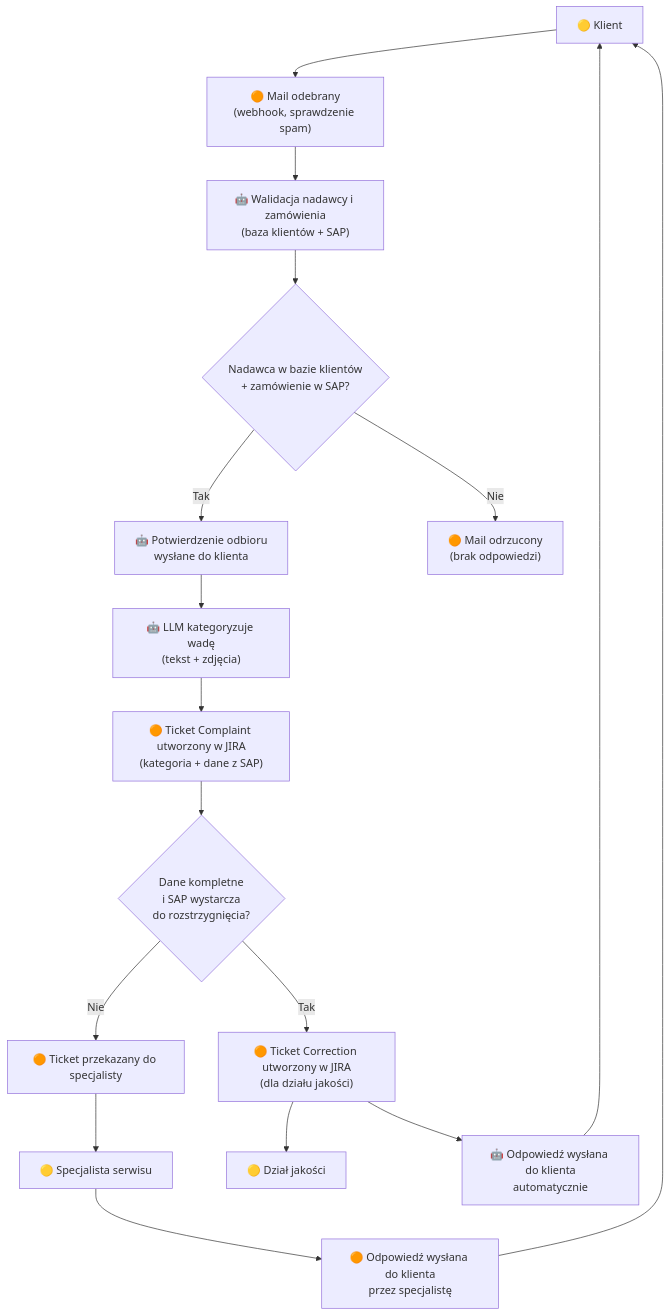
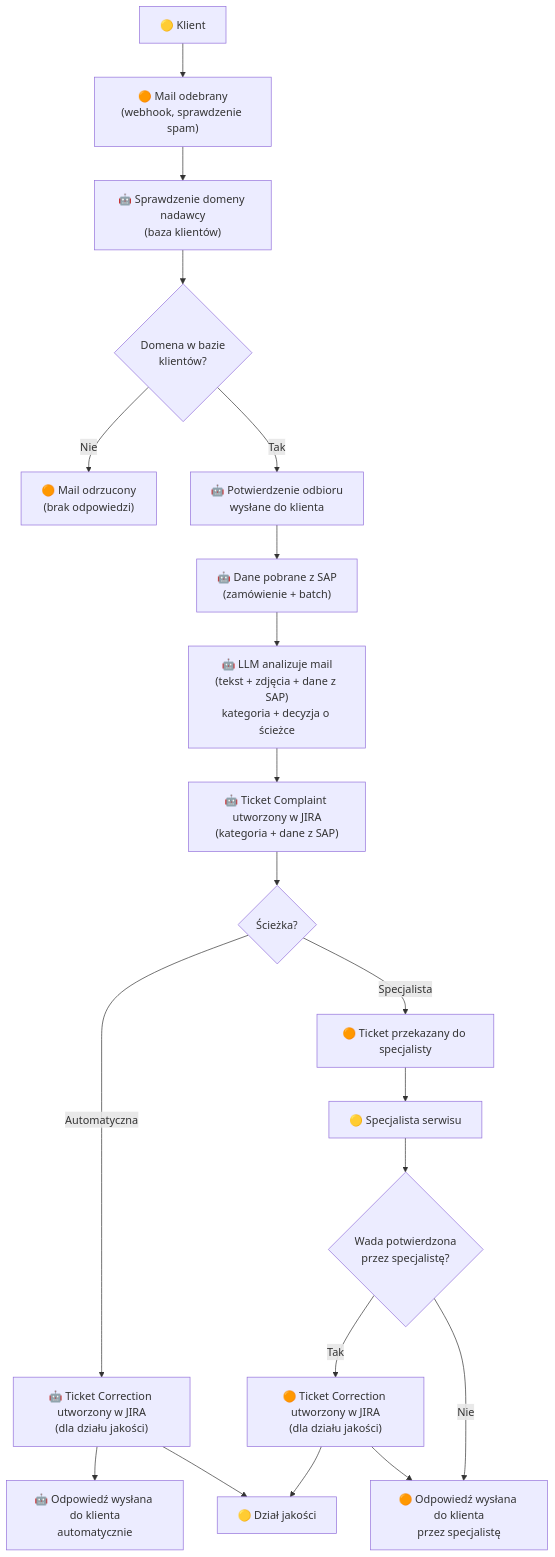
One commit to Kiciohub/Leaware_zadanie changed the diagram in event-storming-to-be.md. Above: the diagram before and after it, drawn with Mermaid. The commit also changed other lines of this file, not shown here.

Commit message:
Refactor TO-BE diagram - revised automation flow - event-storming-to-be.md
- SAP queried before LLM to provide full context for analysis
- LLM now categorizes and decides routing in single step
- Added specialist decision node for manual Correction ticket
- Removed arrows from response nodes to client (process ends at response)
- Fixed arrow order to improve diagram readability

````diff
--- a/event-storming-to-be.md
+++ b/event-storming-to-be.md
@@ -8,36 +10,43 @@
 ```mermaid
 flowchart TD
     A1["🟡 Klient"]
     A2["🟡 Specjalista serwisu"]
     A3["🟡 Dział jakości"]
 
     E1["🟠 Mail odebrany\n(webhook, sprawdzenie spam)"]
-    E1B["🤖 Walidacja nadawcy i zamówienia\n(baza klientów + SAP)"]
-    E2{"Nadawca w bazie klientów\n+ zamówienie w SAP?"}
-    E3["🤖 Potwierdzenie odbioru\nwysłane do klienta"]
-    E6["🤖 LLM kategoryzuje wadę\n(tekst + zdjęcia)"]
-    E8["🟠 Ticket Complaint utworzony w JIRA\n(kategoria + dane z SAP)"]
-    E9{"Dane kompletne\ni SAP wystarcza\ndo rozstrzygnięcia?"}
-    E10["🟠 Ticket Correction utworzony w JIRA\n(dla działu jakości)"]
+    E2["🤖 Sprawdzenie domeny nadawcy\n(baza klientów)"]
+    E3{"Domena w bazie\nklientów?"}
+    E4["🟠 Mail odrzucony\n(brak odpowiedzi)"]
+    E5["🤖 Potwierdzenie odbioru\nwysłane do klienta"]
+    E6["🤖 Dane pobrane z SAP\n(zamówienie + batch)"]
+    E7["🤖 LLM analizuje mail\n(tekst + zdjęcia + dane z SAP)\nkategoria + decyzja o ścieżce"]
+    E8["🤖 Ticket Complaint utworzony w JIRA\n(kategoria + dane z SAP)"]
+    E9{"Ścieżka?"}
+    E10["🤖 Ticket Correction utworzony w JIRA\n(dla działu jakości)"]
     E11["🤖 Odpowiedź wysłana do klienta\nautomatycznie"]
     E12["🟠 Ticket przekazany do specjalisty"]
-    E13["🟠 Odpowiedź wysłana do klienta\nprzez specjalistę"]
-    E14["🟠 Mail odrzucony\n(brak odpowiedzi)"]
+    E13{"Wada potwierdzona\nprzez specjalistę?"}
+    E14["🟠 Ticket Correction utworzony w JIRA\n(dla działu jakości)"]
+    E15["🟠 Odpowiedź wysłana do klienta\nprzez specjalistę"]
 
     A1 --> E1
-    E1 --> E1B
-    E1B --> E2
-    E2 -->|Nie| E14
-    E2 -->|Tak| E3
-    E3 --> E6
-    E6 --> E8
+    E1 --> E2
+    E2 --> E3
+    E3 -->|Nie| E4
+    E3 -->|Tak| E5
+    E5 --> E6
+    E6 --> E7
+    E7 --> E8
     E8 --> E9
-    E9 -->|Tak| E10
+    E9 -->|Automatyczna| E10
+    E10 --> E11
     E10 --> A3
-    E10 --> E11
-    E11 --> A1
-    E9 -->|Nie| E12
+
+    E9 -->|Specjalista| E12
     E12 --> A2
     A2 --> E13
-    E13 --> A1
+    E13 -->|Tak| E14
+    E14 --> A3
+    E14 --> E15
+    E13 -->|Nie| E15
 ```
````
